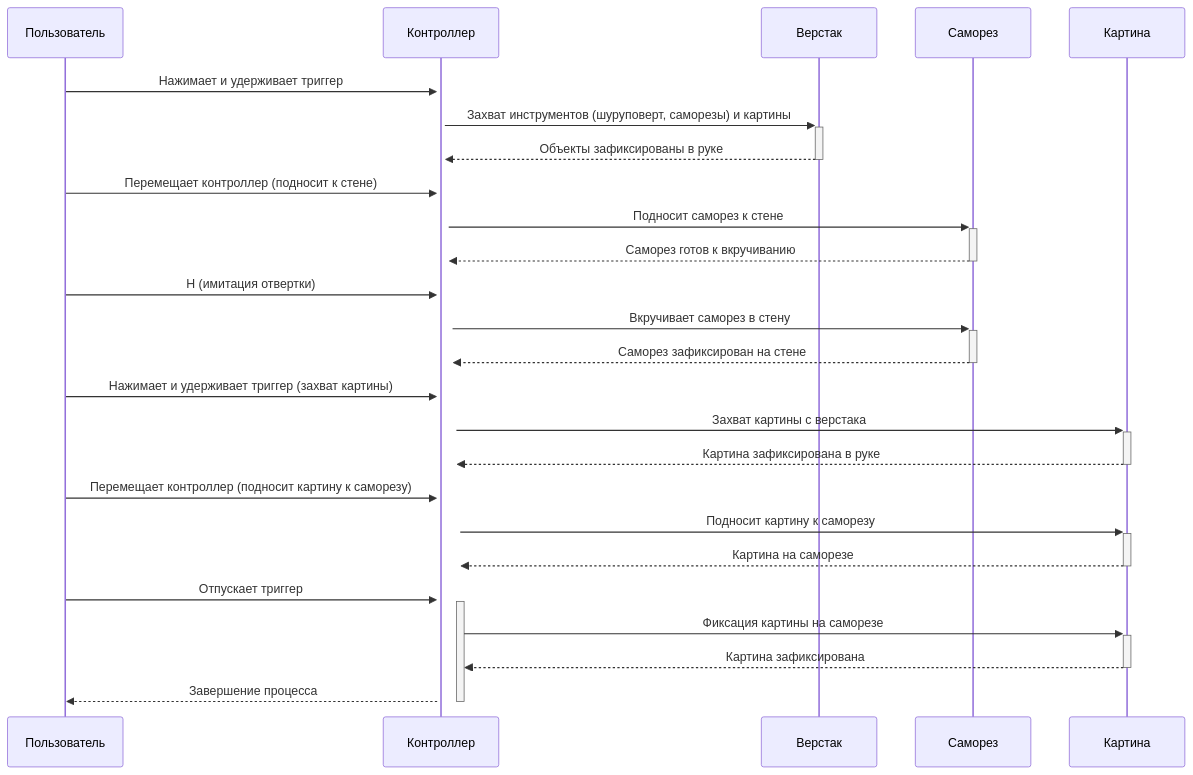
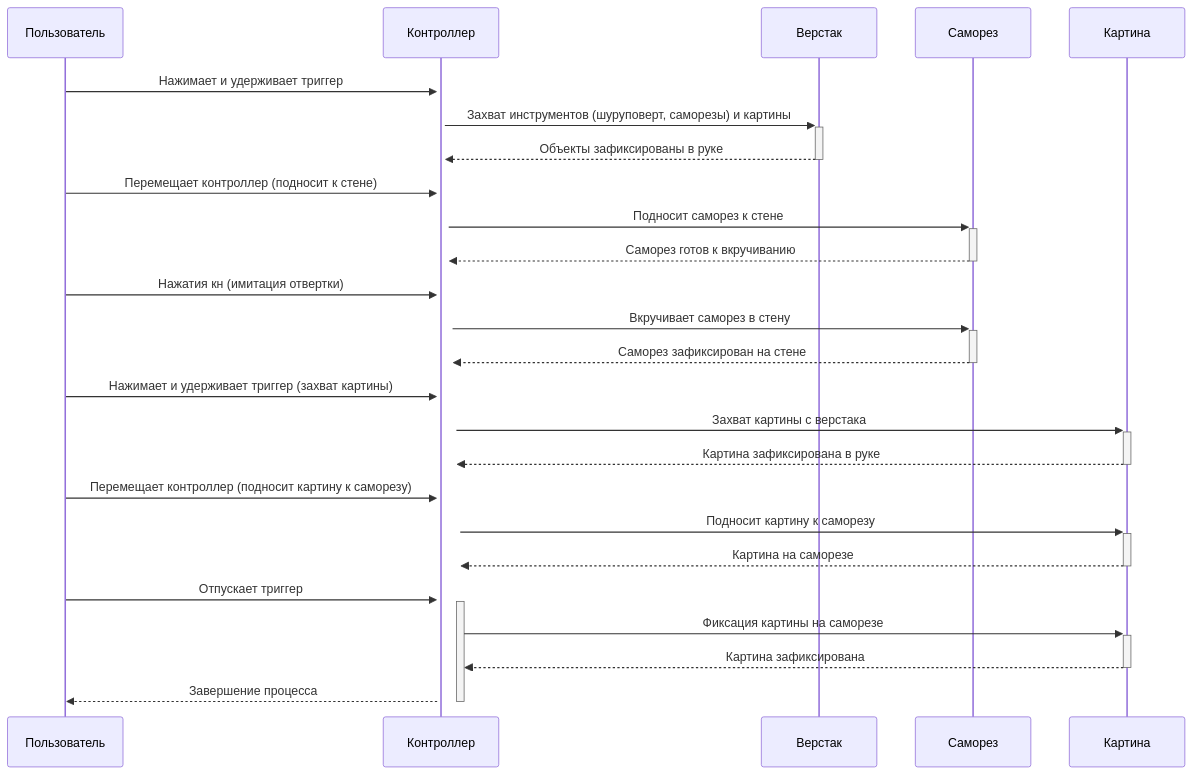
The diagram in all/не называться-1.md (NerdyCep/iodraw-files), drawn with Mermaid before and after one commit.

Commit message:
2025-02-25 18:24:11 update

````diff
--- a/all/не называться-1.md
+++ b/all/не называться-1.md
@@ -1,29 +1,29 @@
 ```mermaid
 sequenceDiagram
     participant Пользователь
     participant Контроллер
     participant Верстак
     participant Саморез
     participant Картина
     
 
     Пользователь->>+Контроллер: Нажимает и удерживает триггер
     Контроллер->>+Верстак: Захват инструментов (шуруповерт, саморезы) и картины
     Верстак-->>-Контроллер: Объекты зафиксированы в руке
     Пользователь->>+Контроллер: Перемещает контроллер (подносит к стене)
     Контроллер->>+Саморез: Подносит саморез к стене
     Саморез-->>-Контроллер: Саморез готов к вкручиванию
-    Пользователь->>+Контроллер: Н (имитация отвертки)
+    Пользователь->>+Контроллер: Нажатия кн (имитация отвертки)
     Контроллер->>+Саморез: Вкручивает саморез в стену
     Саморез-->>-Контроллер: Саморез зафиксирован на стене
     Пользователь->>+Контроллер: Нажимает и удерживает триггер (захват картины)
     Контроллер->>+Картина: Захват картины с верстака
     Картина-->>-Контроллер: Картина зафиксирована в руке
     Пользователь->>+Контроллер: Перемещает контроллер (подносит картину к саморезу)
     Контроллер->>+Картина: Подносит картину к саморезу
     Картина-->>-Контроллер: Картина на саморезе
     Пользователь->>+Контроллер: Отпускает триггер
     Контроллер->>+Картина: Фиксация картины на саморезе
     Картина-->>-Контроллер: Картина зафиксирована
     Контроллер-->>-Пользователь: Завершение процесса
 ```
````
